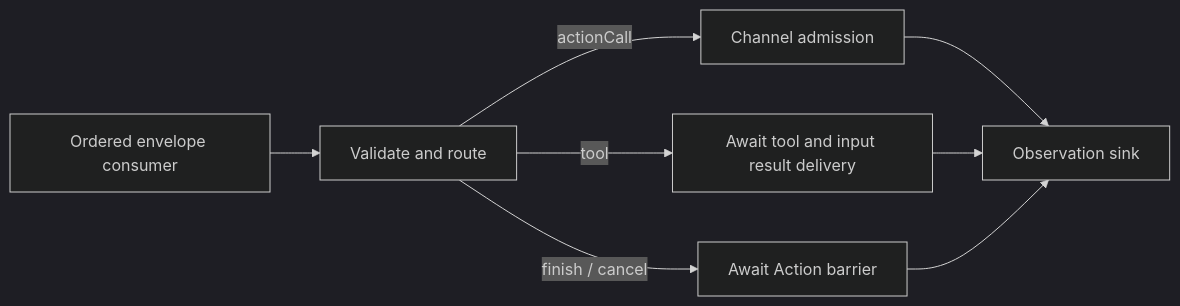
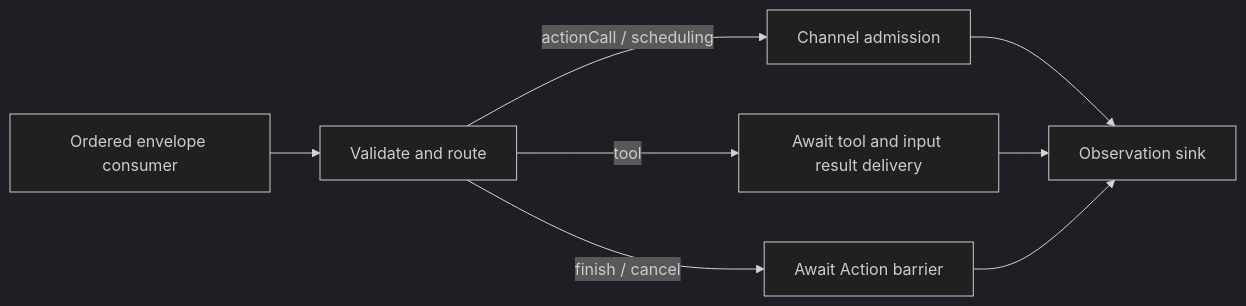
One commit to devilyouwei/MobileHarness changed the first of 2 diagrams in MobileHarness/Gateway/Output/README.md. Above: the diagram before and after it, drawn with Mermaid (dark theme). The commit also changed other lines of this file and 51 other files, not shown here.

````diff
--- a/MobileHarness/Gateway/Output/README.md
+++ b/MobileHarness/Gateway/Output/README.md
@@ -20,10 +20,10 @@
 ```mermaid
 flowchart LR
     Caller[Ordered envelope consumer] --> Validate[Validate and route]
-    Validate -->|actionCall| Admit[Channel admission]
+    Validate -->|actionCall / scheduling| Admit[Channel admission]
     Validate -->|tool| Tool[Await tool and input result delivery]
     Validate -->|finish / cancel| Barrier[Await Action barrier]
     Admit --> Sink[Observation sink]
     Tool --> Sink
     Barrier --> Sink
 ```
````
